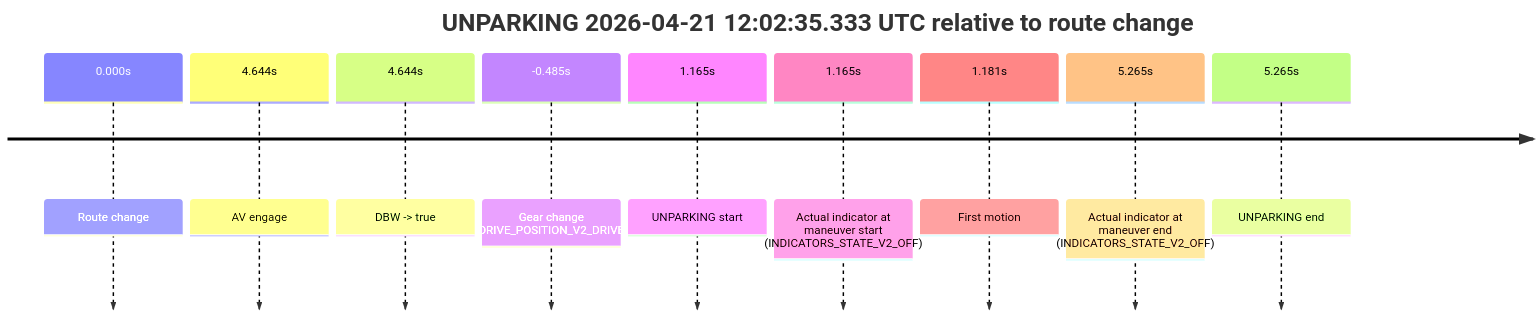
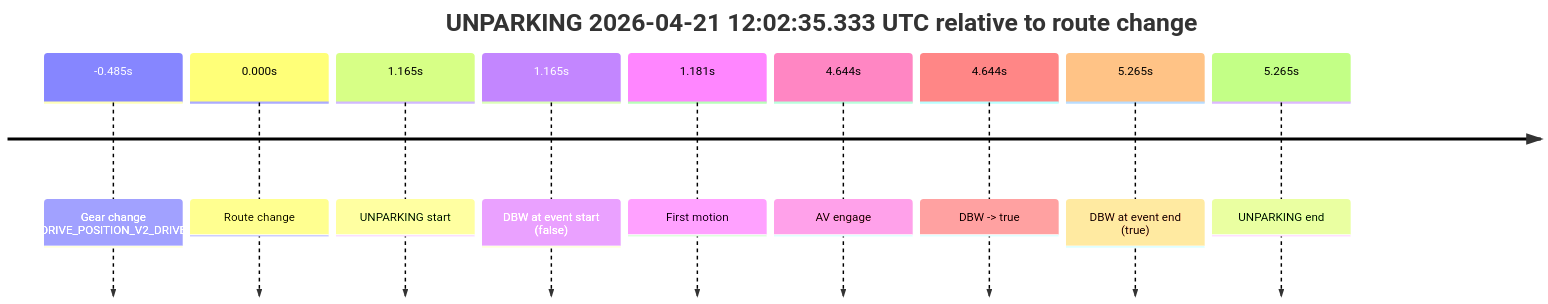
Before and after one commit to yoelshapiro/vault: the third of 3 diagrams in model_analysis/report_cards/2026/04/Week-4/fme20032--2026-04-21--11-45-14--gen2-av-57a723c9-4da1-4756-8053-4fca0a508a4b.md, drawn with Mermaid. The commit also changed other lines of this file and 85 other files, not shown here.

````diff
--- a/model_analysis/report_cards/2026/04/Week-4/fme20032--2026-04-21--11-45-14--gen2-av-57a723c9-4da1-4756-8053-4fca0a508a4b.md
+++ b/model_analysis/report_cards/2026/04/Week-4/fme20032--2026-04-21--11-45-14--gen2-av-57a723c9-4da1-4756-8053-4fca0a508a4b.md
@@ -214,13 +226,13 @@
 ```mermaid
 timeline
     title UNPARKING 2026-04-21 12:02:35.333 UTC relative to route change
+    -0.485s : Gear change (DRIVE_POSITION_V2_DRIVE)
     0.000s : Route change
+    1.165s : UNPARKING start
+    1.165s : DBW at event start (false)
+    1.181s : First motion
     4.644s : AV engage
     4.644s : DBW -> true
-    -0.485s : Gear change (DRIVE_POSITION_V2_DRIVE)
-    1.165s : UNPARKING start
-    1.165s : Actual indicator at maneuver start (INDICATORS_STATE_V2_OFF)
-    1.181s : First motion
-    5.265s : Actual indicator at maneuver end (INDICATORS_STATE_V2_OFF)
+    5.265s : DBW at event end (true)
     5.265s : UNPARKING end
 ```
````
